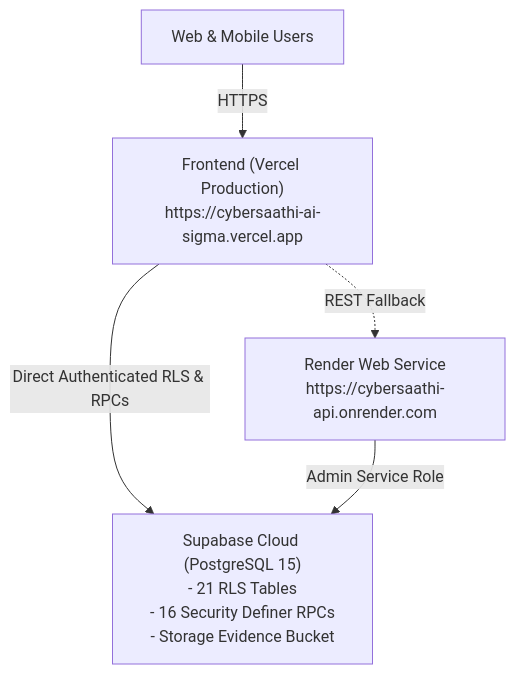
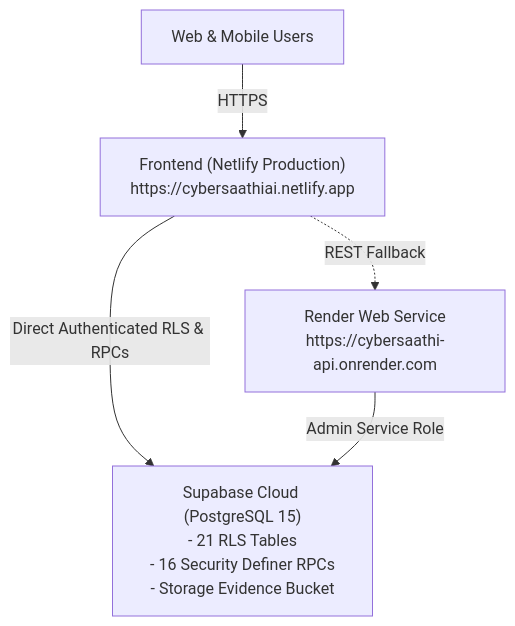
The diagram in CYBERSAATHI_COMPLETE_AUDIT_REPORT.md (vanchamanjunathreddy1586/cybersaathi-ai-), drawn with Mermaid before and after one commit. The commit also changed other lines of this file and 5 other files, not shown here.

Commit message:
feat(hosting): migrate frontend hosting from Vercel to Netlify

````diff
--- a/CYBERSAATHI_COMPLETE_AUDIT_REPORT.md
+++ b/CYBERSAATHI_COMPLETE_AUDIT_REPORT.md
@@ -23,12 +23,12 @@
 ```mermaid
 graph TD
     User["Web & Mobile Users"]
-    Vercel["Frontend (Vercel Production)<br/>https://cybersaathi-ai-sigma.vercel.app"]
+    Netlify["Frontend (Netlify Production)<br/>https://cybersaathiai.netlify.app"]
     Supabase["Supabase Cloud (PostgreSQL 15)<br/>- 21 RLS Tables<br/>- 16 Security Definer RPCs<br/>- Storage Evidence Bucket"]
     Render["Render Web Service<br/>https://cybersaathi-api.onrender.com"]
 
-    User -->|HTTPS| Vercel
-    Vercel -->|Direct Authenticated RLS & RPCs| Supabase
-    Vercel -.->|REST Fallback| Render
+    User -->|HTTPS| Netlify
+    Netlify -->|Direct Authenticated RLS & RPCs| Supabase
+    Netlify -.->|REST Fallback| Render
     Render -->|Admin Service Role| Supabase
 ```
````
